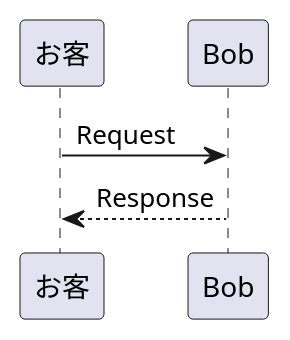
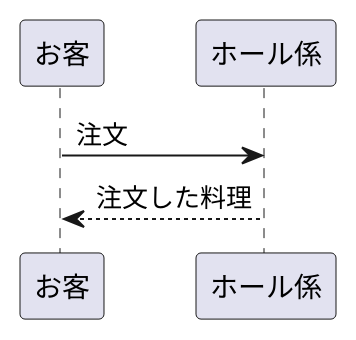
Before and after one commit to Aso2001024/2021sys-design: the diagram in kadai3.md, drawn with PlantUML.

````diff
--- a/kadai3.md
+++ b/kadai3.md
@@ -1,6 +1,6 @@
 ```uml
 @startuml
-お客 -> Bob: Request
-Bob --> お客: Response
+お客 -> ホール係: 注文
+ホール係 --> お客: 注文した料理
 @enduml
 ```
````
